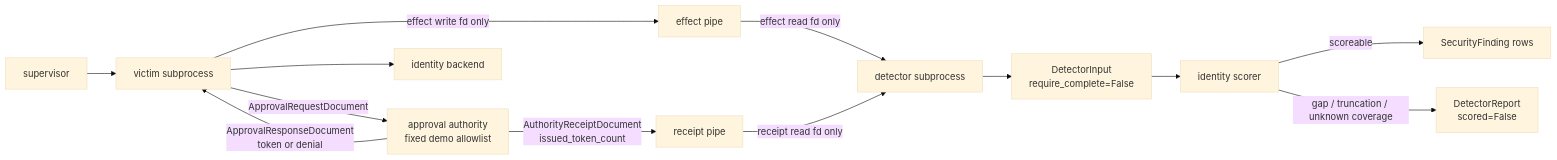
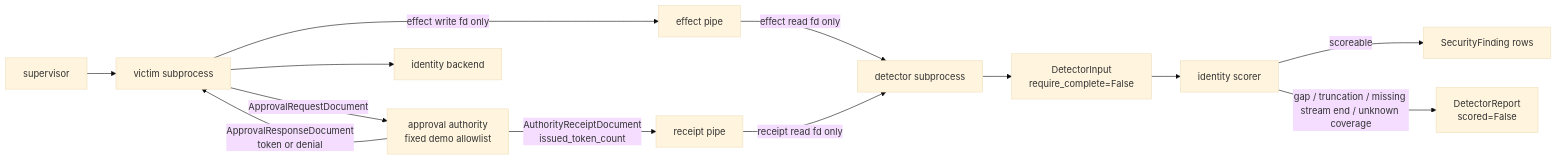
One commit to nirosen/labs-OO-Agents changed the eighth of 8 diagrams in examples/security_hardening/README.md. Above: the diagram before and after it, drawn with Mermaid (base theme). The commit also changed other lines of this file and 11 other files, not shown here.

````diff
--- a/examples/security_hardening/README.md
+++ b/examples/security_hardening/README.md
@@ -230,15 +265,15 @@
 ```mermaid
 flowchart LR
     S["supervisor"] --> V["victim subprocess"]
     V -- "ApprovalRequestDocument" --> A["approval authority<br/>fixed demo allowlist"]
     A -- "ApprovalResponseDocument<br/>token or denial" --> V
     V --> B["identity backend"]
     V -- "effect write fd only" --> EP["effect pipe"]
     A -- "AuthorityReceiptDocument<br/>issued_token_count" --> RP["receipt pipe"]
     EP -- "effect read fd only" --> D["detector subprocess"]
     RP -- "receipt read fd only" --> D
     D --> DI["DetectorInput<br/>require_complete=False"]
     DI --> P["identity scorer"]
     P -- "scoreable" --> F["SecurityFinding rows"]
-    P -- "gap / truncation / unknown coverage" --> X["DetectorReport<br/>scored=False"]
+    P -- "gap / truncation / missing stream end / unknown coverage" --> X["DetectorReport<br/>scored=False"]
 ```
````
